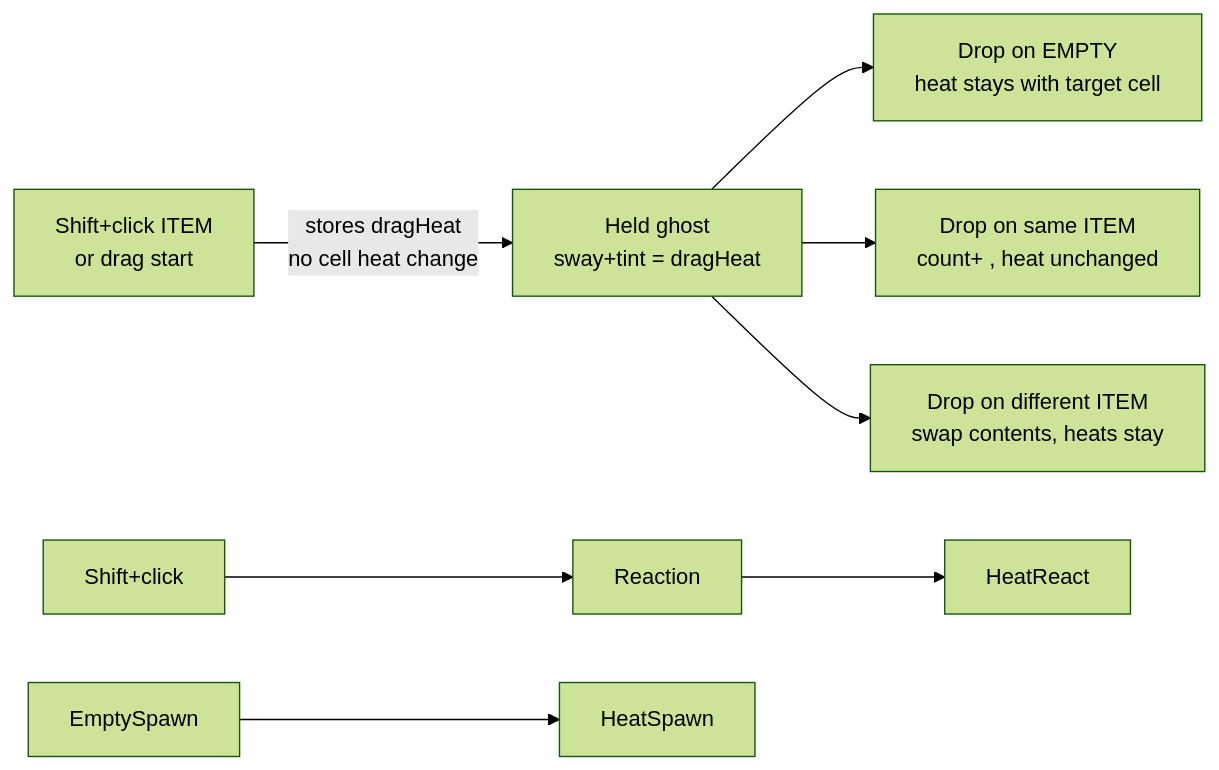
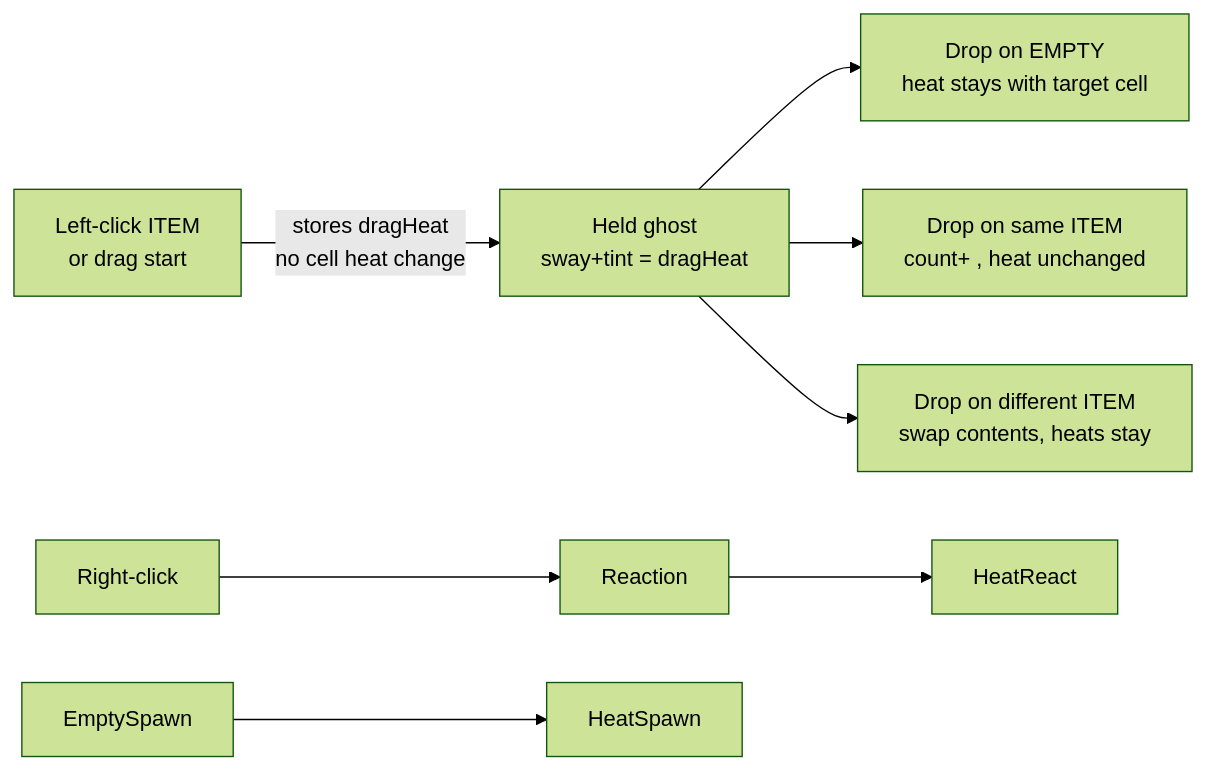
The seventh of 7 diagrams in docs/heat.md (robspsj/fractory-game), drawn with Mermaid (forest theme) before and after one commit. The commit also changed 12 other files, not shown here.

````diff
--- a/docs/heat.md
+++ b/docs/heat.md
@@ -174,10 +174,10 @@
 ```mermaid
 graph LR
-    PickUp[Shift+click ITEM<br/>or drag start] -->|stores dragHeat<br/>no cell heat change| Drag[Held ghost<br/>sway+tint = dragHeat]
+    PickUp[Left-click ITEM<br/>or drag start] -->|stores dragHeat<br/>no cell heat change| Drag[Held ghost<br/>sway+tint = dragHeat]
     Drag --> DropEmpty[Drop on EMPTY<br/>heat stays with target cell]
     Drag --> DropMerge[Drop on same ITEM<br/>count+ , heat unchanged]
     Drag --> DropSwap[Drop on different ITEM<br/>swap contents, heats stay]
-    Interact[Shift+click] --> Reaction
+    Interact[Right-click] --> Reaction
     Reaction --> HeatReact
     EmptySpawn --> HeatSpawn
 ```
````
